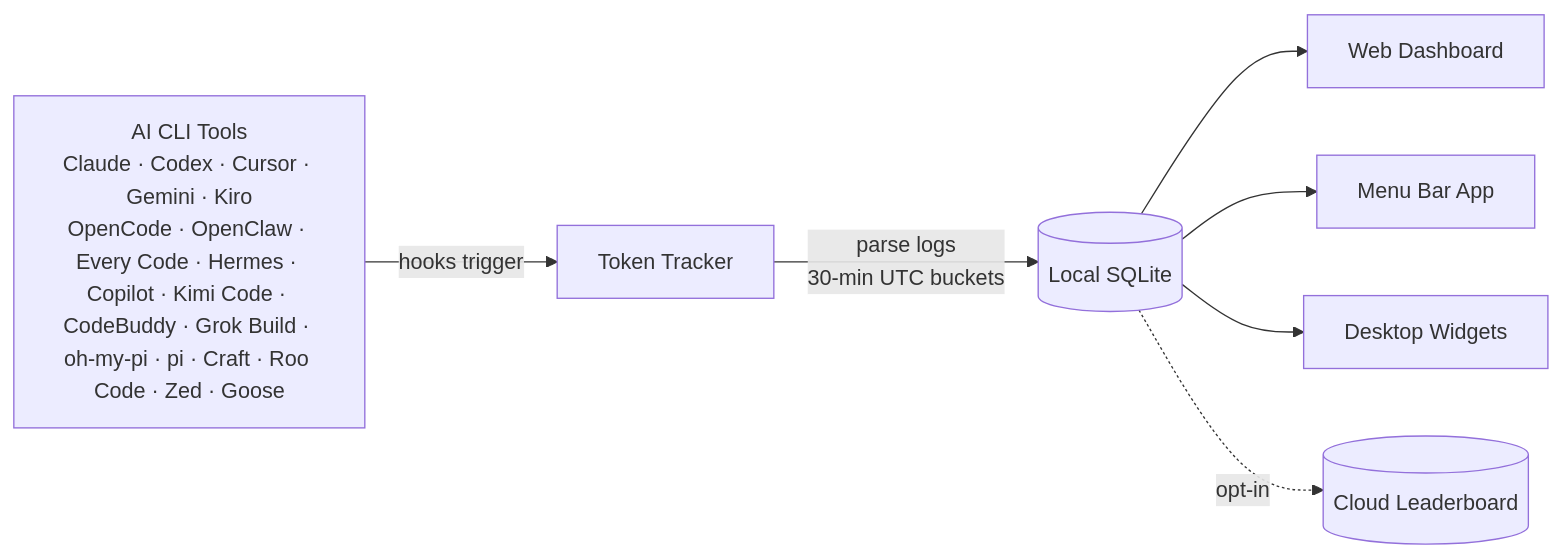
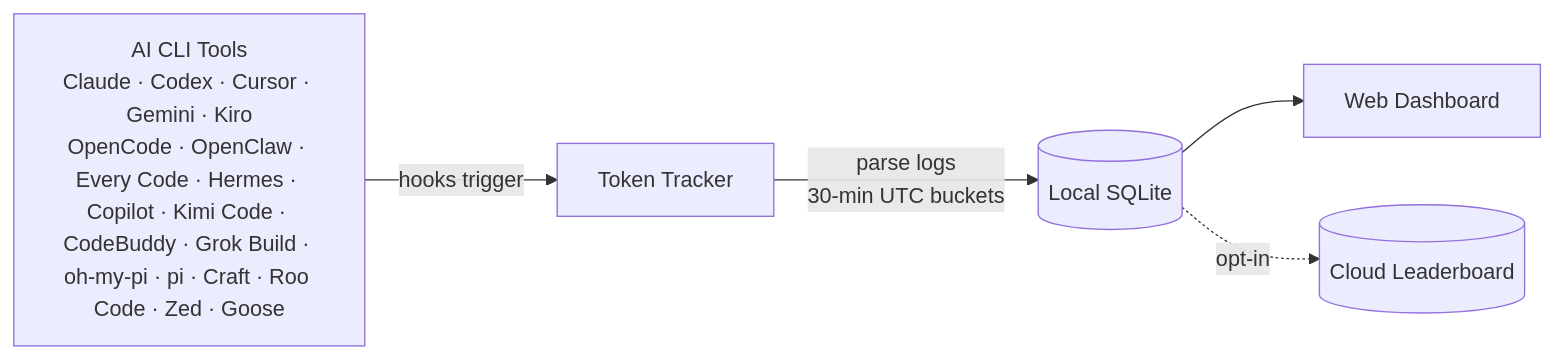
The diagram in README.md (mm7894215/TokenTracker), drawn with Mermaid before and after one commit. The commit also changed other lines of this file, not shown here.

````diff
--- a/README.md
+++ b/README.md
@@ -214,10 +164,8 @@
 ```mermaid
 flowchart LR
     A["AI CLI Tools<br/>Claude · Codex · Cursor · Gemini · Kiro<br/>OpenCode · OpenClaw · Every Code · Hermes · Copilot · Kimi Code · CodeBuddy · Grok Build · oh-my-pi · pi · Craft · Roo Code · Zed · Goose"]
     A -->|hooks trigger| B[Token Tracker]
     B -->|parse logs<br/>30-min UTC buckets| C[(Local SQLite)]
     C --> D[Web Dashboard]
-    C --> E[Menu Bar App]
-    C --> F[Desktop Widgets]
-    C -.->|opt-in| G[(Cloud Leaderboard)]
+    C -.->|opt-in| E[(Cloud Leaderboard)]
 ```
````
